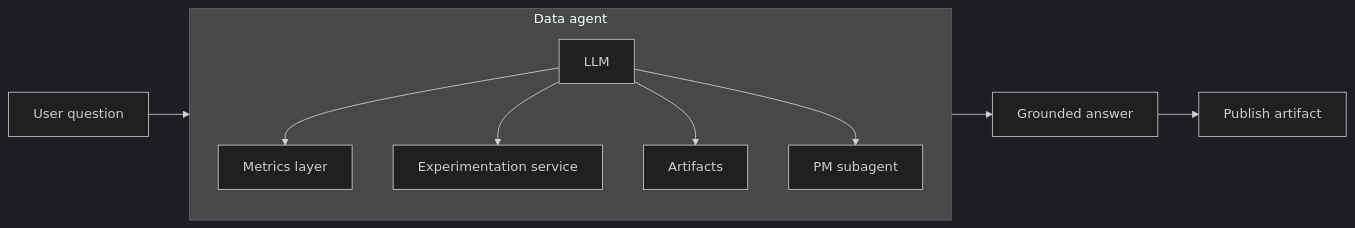
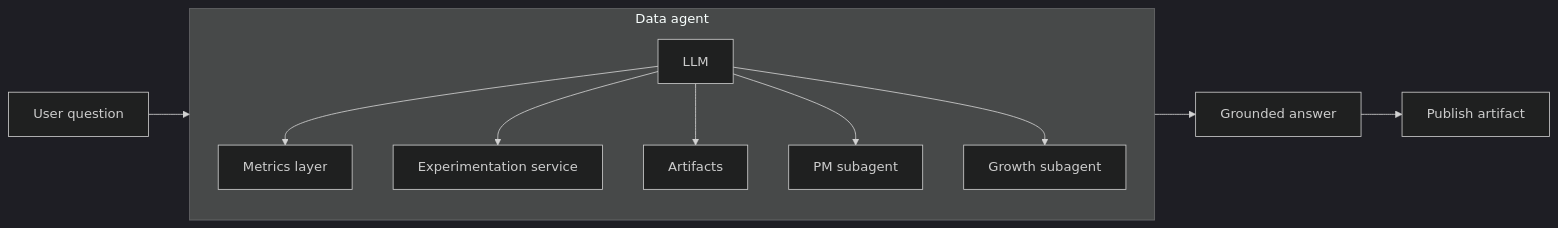
One commit to imsid/crew changed the first of 4 diagrams in docs/product.md. Above: the diagram before and after it, drawn with Mermaid (dark theme). The commit also changed other lines of this file, not shown here.

````diff
--- a/docs/product.md
+++ b/docs/product.md
@@ -68,18 +90,20 @@
 ```mermaid
 flowchart LR
     U["User question"] --> D
     D --> O["Grounded answer"]
     O --> PA["Publish artifact"]
 
     subgraph D["Data agent"]
         MD["LLM"]
         ML["Metrics layer"]
         E["Experimentation service"]
         A["Artifacts"]
         P["PM subagent"]
+        G["Growth subagent"]
         MD --> ML
         MD --> E
         MD --> A
         MD --> P
+        MD --> G
     end
 ```
````
